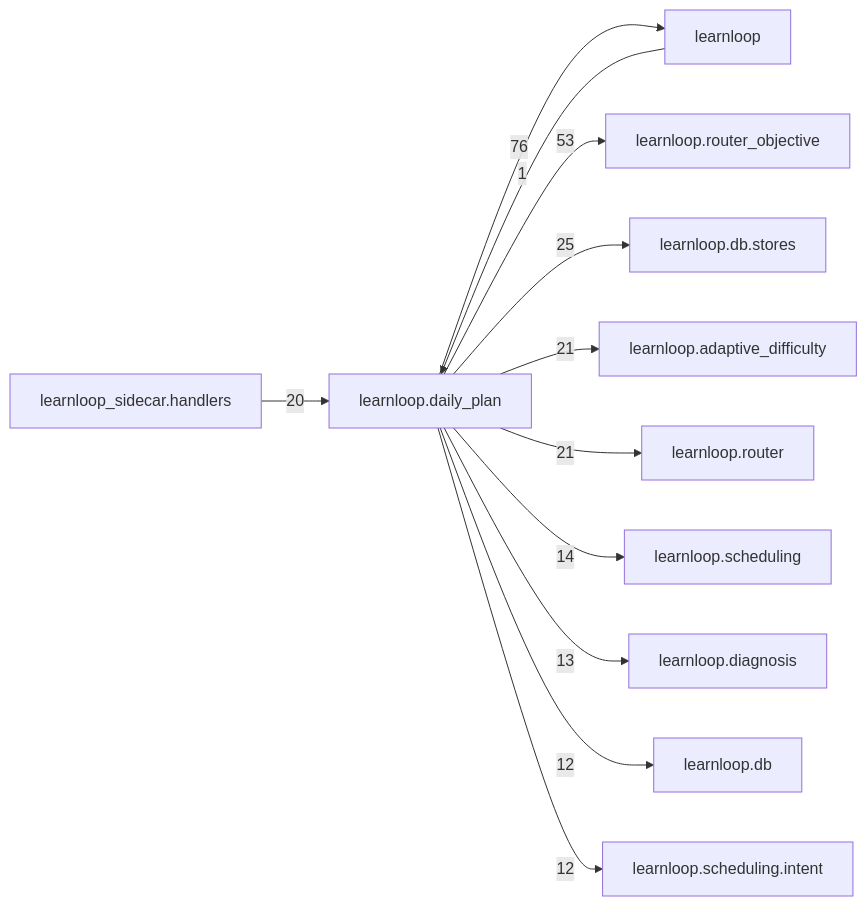
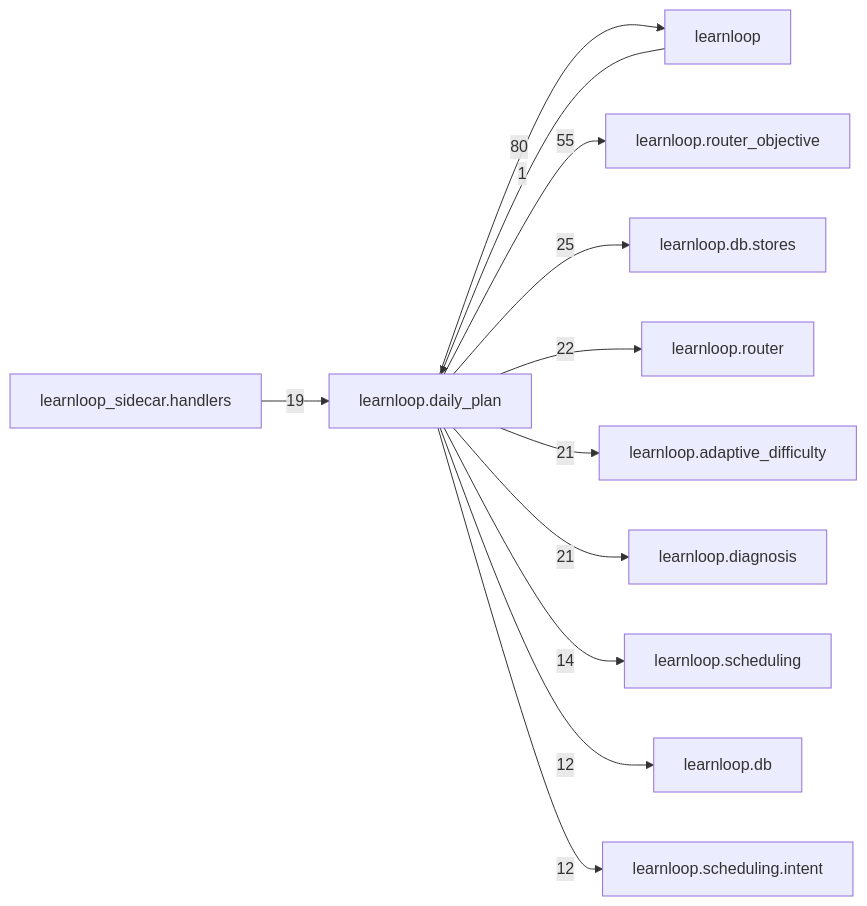
Before and after one commit to 6up-b/learnanything: the diagram in docs/learnloop-architecture-vault/Reference/Modules/learnloop/daily_plan/_package.md, drawn with Mermaid. The commit also changed other lines of this file and 69 other files, not shown here.

````diff
--- a/docs/learnloop-architecture-vault/Reference/Modules/learnloop/daily_plan/_package.md
+++ b/docs/learnloop-architecture-vault/Reference/Modules/learnloop/daily_plan/_package.md
@@ -176,25 +178,25 @@
 ```mermaid
 flowchart LR
     center["learnloop.daily_plan"]
     n_learnloop["learnloop"]
     n_learnloop_router_objective["learnloop.router_objective"]
     n_learnloop_db_stores["learnloop.db.stores"]
+    n_learnloop_router["learnloop.router"]
     n_learnloop_adaptive_difficulty["learnloop.adaptive_difficulty"]
-    n_learnloop_router["learnloop.router"]
+    n_learnloop_diagnosis["learnloop.diagnosis"]
     n_learnloop_sidecar_handlers["learnloop_sidecar.handlers"]
     n_learnloop_scheduling["learnloop.scheduling"]
-    n_learnloop_diagnosis["learnloop.diagnosis"]
     n_learnloop_db["learnloop.db"]
     n_learnloop_scheduling_intent["learnloop.scheduling.intent"]
     n_learnloop -->|1| center
-    center -->|76| n_learnloop
-    center -->|53| n_learnloop_router_objective
+    center -->|80| n_learnloop
+    center -->|55| n_learnloop_router_objective
     center -->|25| n_learnloop_db_stores
+    center -->|22| n_learnloop_router
     center -->|21| n_learnloop_adaptive_difficulty
-    center -->|21| n_learnloop_router
-    n_learnloop_sidecar_handlers -->|20| center
+    center -->|21| n_learnloop_diagnosis
+    n_learnloop_sidecar_handlers -->|19| center
     center -->|14| n_learnloop_scheduling
-    center -->|13| n_learnloop_diagnosis
     center -->|12| n_learnloop_db
     center -->|12| n_learnloop_scheduling_intent
 ```
````
